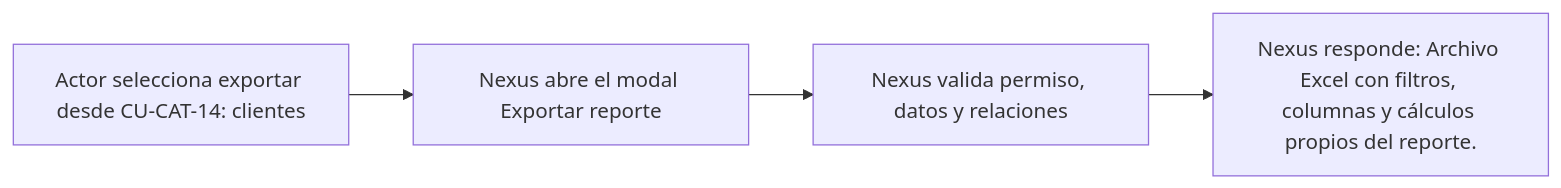
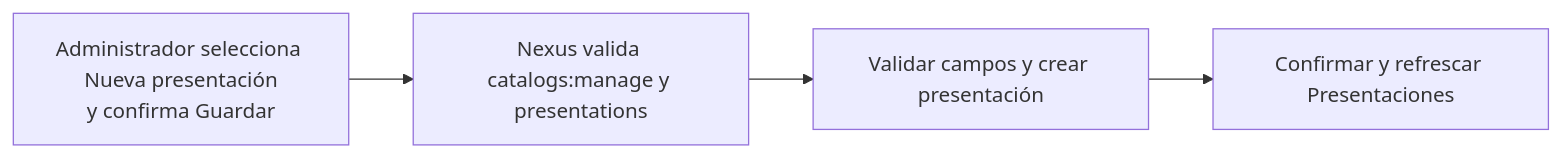
The diagram in docs/requirements/diagrams/catalogs/cu-cat-17.md (gpgsistemas01/nexus), drawn with Mermaid before and after one commit. The commit also changed other lines of this file and 287 other files, not shown here.

````diff
--- a/docs/requirements/diagrams/catalogs/cu-cat-17.md
+++ b/docs/requirements/diagrams/catalogs/cu-cat-17.md
@@ -3,6 +3,6 @@
 ```mermaid
 flowchart LR
-    request["Actor selecciona exportar desde CU-CAT-14: clientes"] --> modal["Nexus abre el modal Exportar reporte"]
-    modal --> validate["Nexus valida permiso, datos y relaciones"]
-    validate --> result["Nexus responde: Archivo Excel con filtros, columnas y cálculos propios del reporte."]
+    request["Administrador selecciona Nueva presentación<br/>y confirma Guardar"] --> authorize["Nexus valida catalogs:manage y presentations"]
+    authorize --> persist["Validar campos y crear presentación"]
+    persist --> result["Confirmar y refrescar Presentaciones"]
 ```
````
